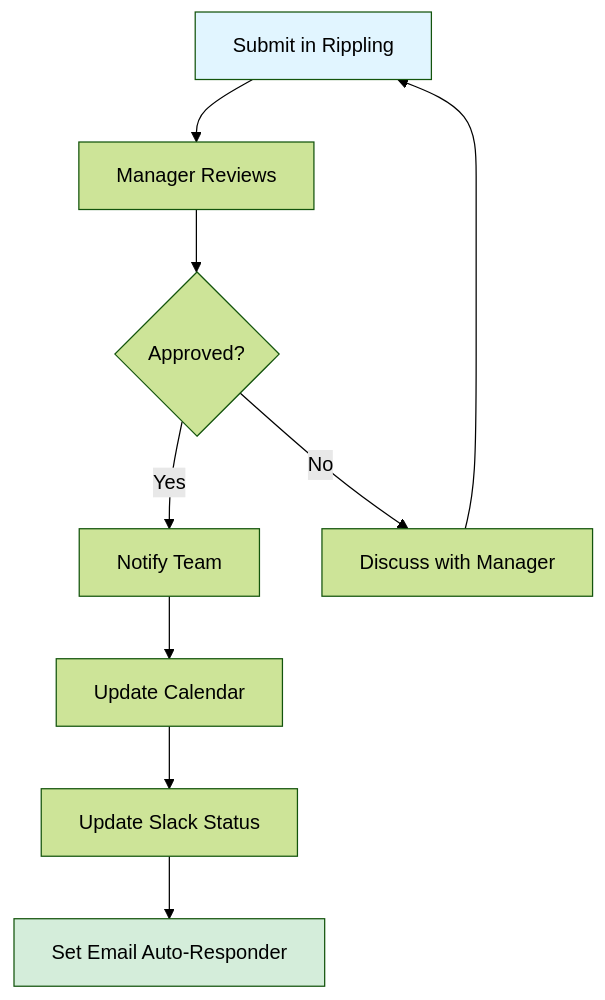
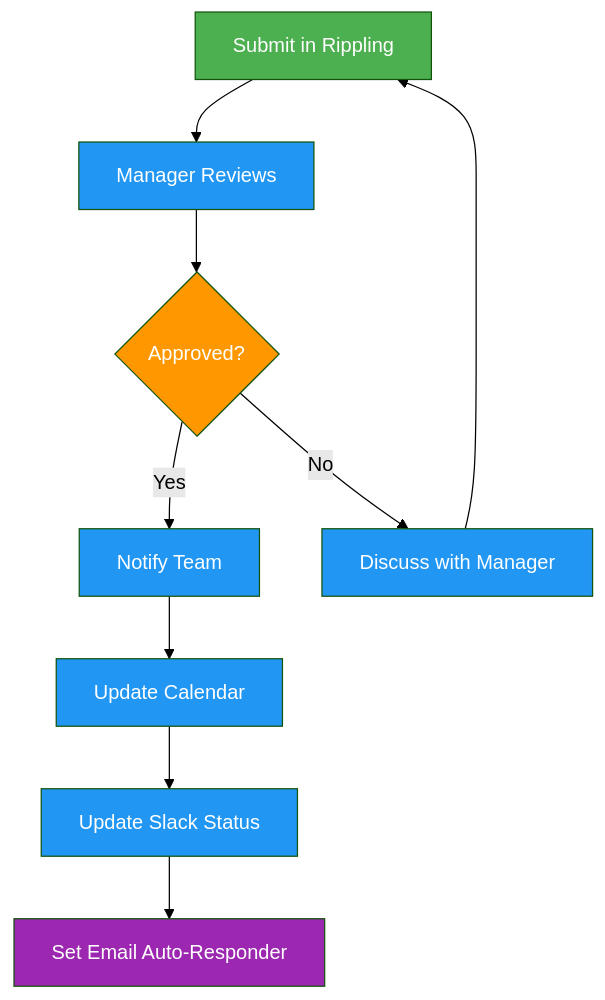
One commit to ultralytics/handbook changed the second of 2 diagrams in docs/en/people/pto-policy.md. Above: the diagram before and after it, drawn with Mermaid (forest theme). The commit also changed other lines of this file and 16 other files, not shown here.

Commit message:
Standardize Mermaid diagram colors (#302)

````diff
--- a/docs/en/people/pto-policy.md
+++ b/docs/en/people/pto-policy.md
@@ -176,14 +178,16 @@
 ```mermaid
 flowchart TD
-    A[Submit in Rippling] --> B[Manager Reviews]
-    B --> C{Approved?}
-    C -->|Yes| D[Notify Team]
-    D --> E[Update Calendar]
-    E --> F[Update Slack Status]
-    F --> G[Set Email Auto-Responder]
-    C -->|No| H[Discuss with Manager]
+    A[Submit in Rippling]:::start --> B[Manager Reviews]:::proc
+    B --> C{Approved?}:::decide
+    C -->|Yes| D[Notify Team]:::proc
+    D --> E[Update Calendar]:::proc
+    E --> F[Update Slack Status]:::proc
+    F --> G[Set Email Auto-Responder]:::out
+    C -->|No| H[Discuss with Manager]:::proc
     H --> A
 
-    style A fill:#e1f5ff
-    style G fill:#d4edda
+    classDef start fill:#4CAF50,color:#fff
+    classDef proc fill:#2196F3,color:#fff
+    classDef decide fill:#FF9800,color:#fff
+    classDef out fill:#9C27B0,color:#fff
 ```
````
